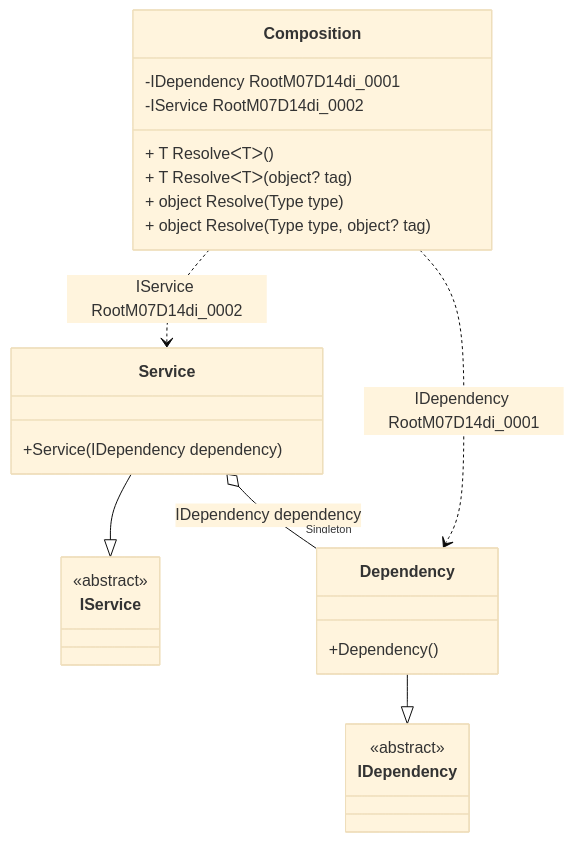
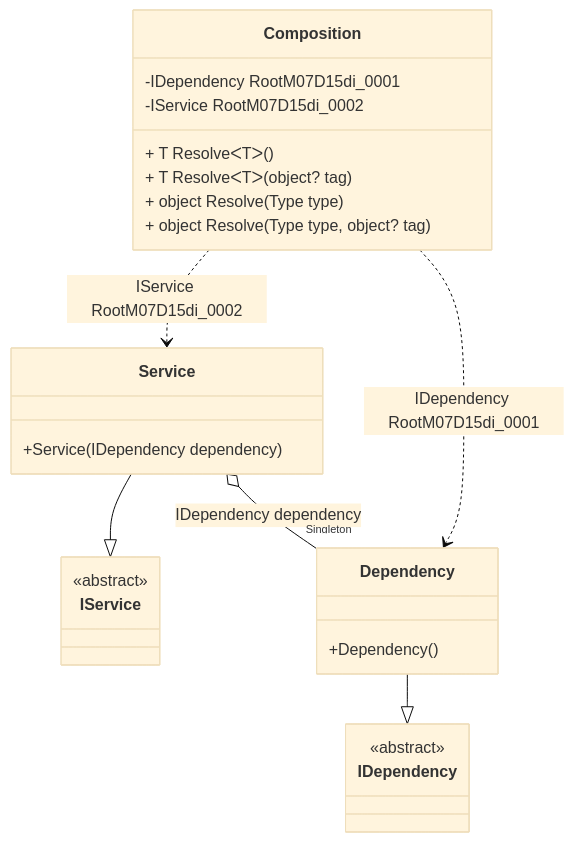
One commit to DevTeam/Pure.DI changed the diagram in readme/service-collection.md. Above: the diagram before and after it, drawn with Mermaid (base theme). The commit also changed other lines of this file and 53 other files, not shown here.

````diff
--- a/readme/service-collection.md
+++ b/readme/service-collection.md
@@ -75,28 +75,28 @@
 ```mermaid
 classDiagram
   class Composition {
-    -IDependency RootM07D14di_0001
-    -IService RootM07D14di_0002
+    -IDependency RootM07D15di_0001
+    -IService RootM07D15di_0002
     + T ResolveᐸTᐳ()
     + T ResolveᐸTᐳ(object? tag)
     + object Resolve(Type type)
     + object Resolve(Type type, object? tag)
   }
   Service --|> IService : 
   class Service {
     +Service(IDependency dependency)
   }
   Dependency --|> IDependency : 
   class Dependency {
     +Dependency()
   }
   class IService {
     <<abstract>>
   }
   class IDependency {
     <<abstract>>
   }
   Service o--  "Singleton" Dependency : IDependency dependency
-  Composition ..> Dependency : IDependency RootM07D14di_0001
-  Composition ..> Service : IService RootM07D14di_0002
+  Composition ..> Dependency : IDependency RootM07D15di_0001
+  Composition ..> Service : IService RootM07D15di_0002
 ```
````
